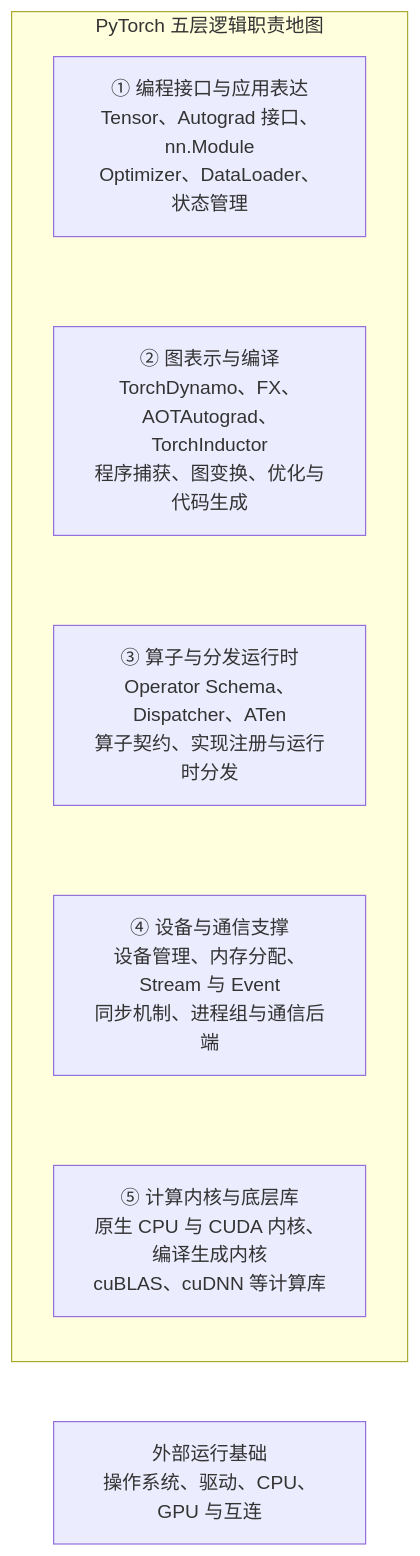
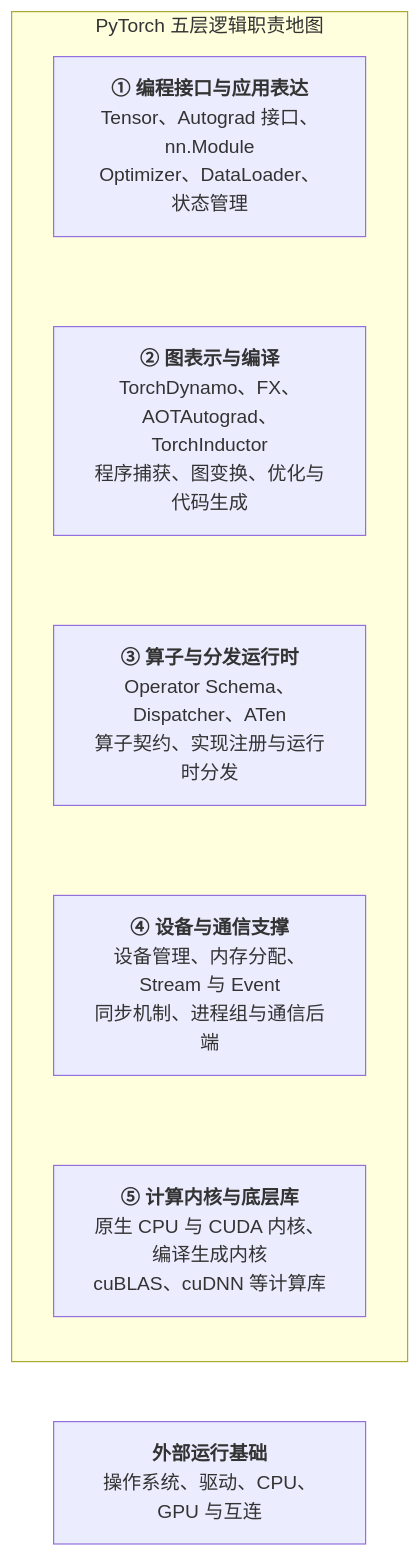
The first of 5 diagrams in _posts/2026-02-17-pytorch-overall-introduction.md (arganzheng/arganzheng.github.com), drawn with Mermaid before and after one commit. The commit also changed other lines of this file and 10 other files, not shown here.

First line of the commit message:
PyTorch 深度实践：从 Tensor 到深度学习运行时：Mermaid 多行方框的首行标为标题（11 篇）

````diff
--- a/_posts/2026-02-17-pytorch-overall-introduction.md
+++ b/_posts/2026-02-17-pytorch-overall-introduction.md
@@ -492,25 +492,25 @@
 ```mermaid
 flowchart TB
     subgraph MAP["PyTorch 五层逻辑职责地图"]
         direction TB
 
-        L1["① 编程接口与应用表达<br/>Tensor、Autograd 接口、nn.Module<br/>Optimizer、DataLoader、状态管理"]
+        L1["<b>① 编程接口与应用表达</b><br/>Tensor、Autograd 接口、nn.Module<br/>Optimizer、DataLoader、状态管理"]
 
-        L2["② 图表示与编译<br/>TorchDynamo、FX、AOTAutograd、TorchInductor<br/>程序捕获、图变换、优化与代码生成"]
+        L2["<b>② 图表示与编译</b><br/>TorchDynamo、FX、AOTAutograd、TorchInductor<br/>程序捕获、图变换、优化与代码生成"]
 
-        L3["③ 算子与分发运行时<br/>Operator Schema、Dispatcher、ATen<br/>算子契约、实现注册与运行时分发"]
+        L3["<b>③ 算子与分发运行时</b><br/>Operator Schema、Dispatcher、ATen<br/>算子契约、实现注册与运行时分发"]
 
-        L4["④ 设备与通信支撑<br/>设备管理、内存分配、Stream 与 Event<br/>同步机制、进程组与通信后端"]
+        L4["<b>④ 设备与通信支撑</b><br/>设备管理、内存分配、Stream 与 Event<br/>同步机制、进程组与通信后端"]
 
-        L5["⑤ 计算内核与底层库<br/>原生 CPU 与 CUDA 内核、编译生成内核<br/>cuBLAS、cuDNN 等计算库"]
+        L5["<b>⑤ 计算内核与底层库</b><br/>原生 CPU 与 CUDA 内核、编译生成内核<br/>cuBLAS、cuDNN 等计算库"]
 
         L1 ~~~ L2
         L2 ~~~ L3
         L3 ~~~ L4
         L4 ~~~ L5
     end
 
-    ENV["外部运行基础<br/>操作系统、驱动、CPU、GPU 与互连"]
+    ENV["<b>外部运行基础</b><br/>操作系统、驱动、CPU、GPU 与互连"]
 
     L5 ~~~ ENV
 ```
````
